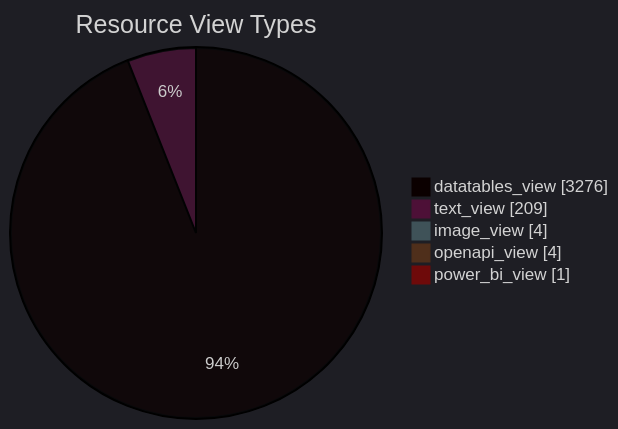
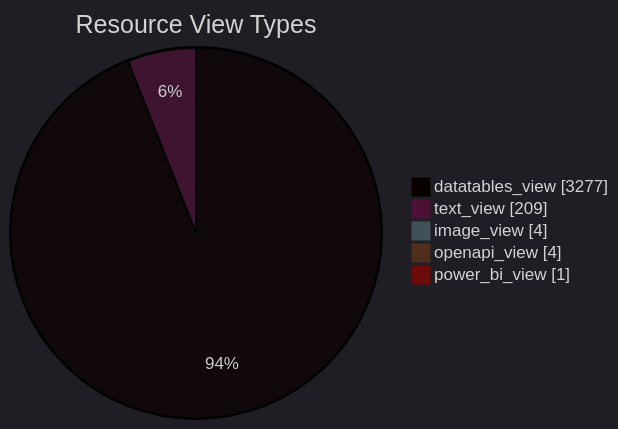
The diagram in datastore_tracker/resource_view_types_pie_chart.md (open-data/analytics-corporate-reporting), drawn with Mermaid before and after one commit. The commit also changed 9 other files, not shown here.

````diff
--- a/datastore_tracker/resource_view_types_pie_chart.md
+++ b/datastore_tracker/resource_view_types_pie_chart.md
@@ -2,12 +2,12 @@
 ```mermaid
 ---
 config:
   theme: dark
 ---
 pie showData title Resource View Types
-    "datatables_view": 3276
+    "datatables_view": 3277
     "text_view": 209
     "image_view": 4
     "openapi_view": 4
     "power_bi_view": 1
 ```
````
